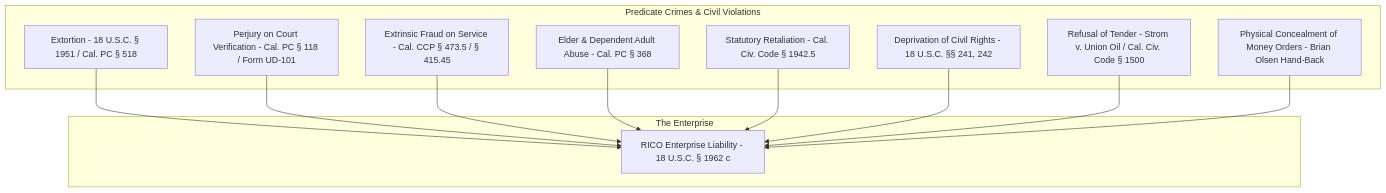
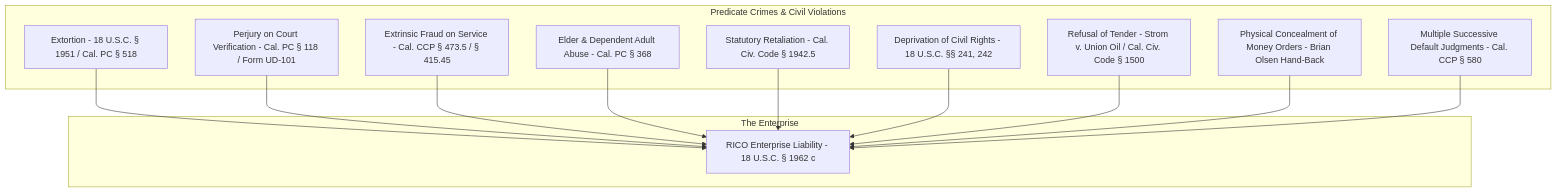
One commit to Tonypost949/OsintNeoAi changed the diagram in evidence/OFFICIAL_WOODBRIDGE_EVICTION_EXTORTION_DOSSIER.md. Above: the diagram before and after it, drawn with Mermaid. The commit also changed other lines of this file and 2 other files, not shown here.

Commit message:
Incorporate certified 61-ROA court docket, 32-page Ex Parte Application (ROA 29), Fee Waiver (ROA 32), and triple void default judgment analysis

````diff
--- a/evidence/OFFICIAL_WOODBRIDGE_EVICTION_EXTORTION_DOSSIER.md
+++ b/evidence/OFFICIAL_WOODBRIDGE_EVICTION_EXTORTION_DOSSIER.md
@@ -229,26 +255,28 @@
 ```mermaid
 graph TD
     subgraph Predicate Crimes & Civil Violations
         EXT[Extortion - 18 U.S.C. § 1951 / Cal. PC § 518]
         PERJ[Perjury on Court Verification - Cal. PC § 118 / Form UD-101]
         FRAUD[Extrinsic Fraud on Service - Cal. CCP § 473.5 / § 415.45]
         ABUSE[Elder & Dependent Adult Abuse - Cal. PC § 368]
         RETAL[Statutory Retaliation - Cal. Civ. Code § 1942.5]
         CIVIL[Deprivation of Civil Rights - 18 U.S.C. §§ 241, 242]
         TENDER[Refusal of Tender - Strom v. Union Oil / Cal. Civ. Code § 1500]
         CONCEAL[Physical Concealment of Money Orders - Brian Olsen Hand-Back]
+        MULT[Multiple Successive Default Judgments - Cal. CCP § 580]
     end
 
     subgraph The Enterprise
         RICO[RICO Enterprise Liability - 18 U.S.C. § 1962 c]
     end
 
     EXT --> RICO
     PERJ --> RICO
     FRAUD --> RICO
     ABUSE --> RICO
     RETAL --> RICO
     CIVIL --> RICO
     TENDER --> RICO
     CONCEAL --> RICO
+    MULT --> RICO
 ```
````
